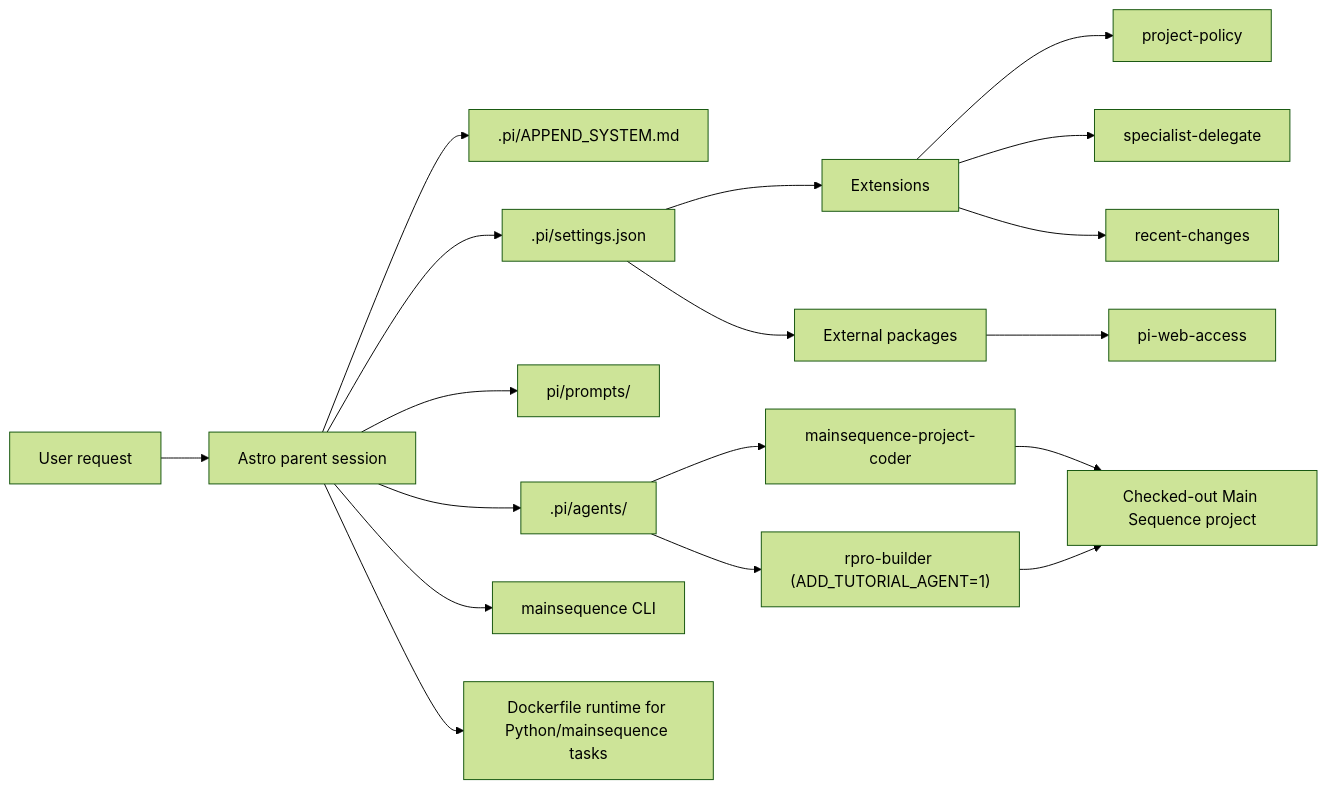
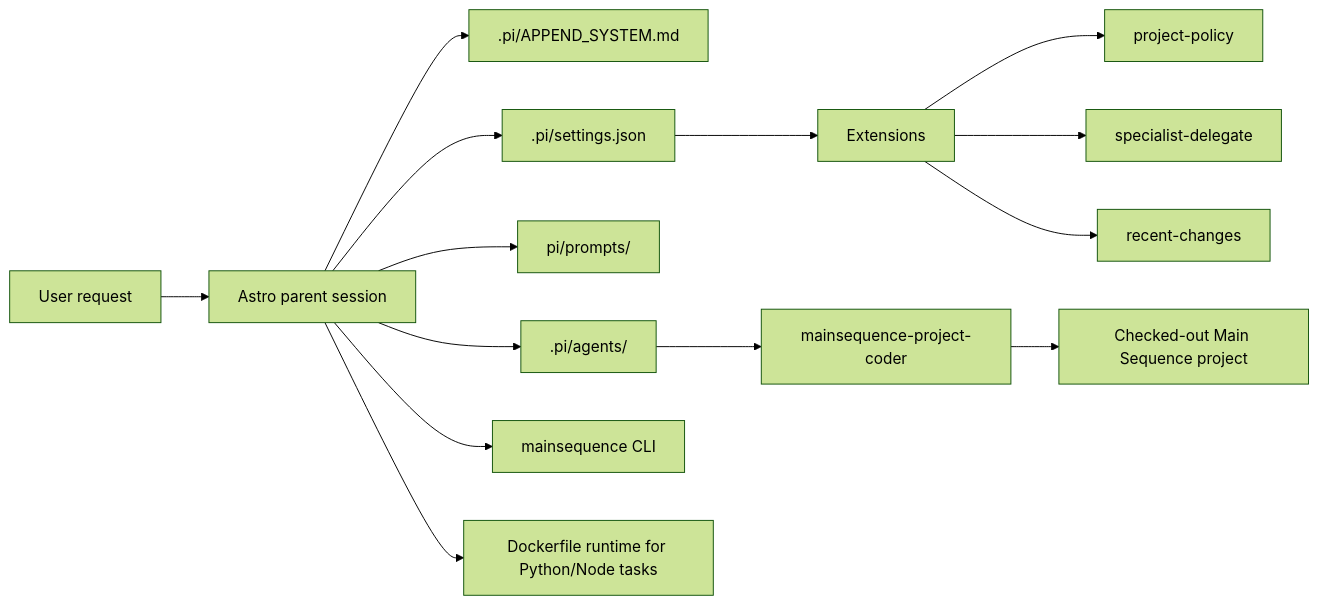
The diagram in docs/README.md (mainsequence-sdk/ms-tau-sdk), drawn with Mermaid (forest theme) before and after one commit. The commit also changed other lines of this file and 37 other files, not shown here.

````diff
--- a/docs/README.md
+++ b/docs/README.md
@@ -34,24 +34,20 @@
 ```mermaid
 flowchart LR
     U["User request"] --> P["Astro parent session"]
     P --> SYS[".pi/APPEND_SYSTEM.md"]
     P --> SET[".pi/settings.json"]
     SET --> EXT["Extensions"]
-    SET --> PKG["External packages"]
 
     EXT --> PP["project-policy"]
     EXT --> SD["specialist-delegate"]
     EXT --> RC["recent-changes"]
 
     P --> PROMPTS["pi/prompts/"]
     P --> AGENTS[".pi/agents/"]
     P --> CLI["mainsequence CLI"]
 
 AGENTS --> CODER["mainsequence-project-coder"]
-AGENTS --> BUILDER["rpro-builder (ADD_TUTORIAL_AGENT=1)"]
     CODER --> TARGET["Checked-out Main Sequence project"]
-    BUILDER --> TARGET
 
-    PKG --> WEB["pi-web-access"]
-    P --> DOCKER["Dockerfile runtime for Python/mainsequence tasks"]
+    P --> DOCKER["Dockerfile runtime for Python/Node tasks"]
 ```
````
